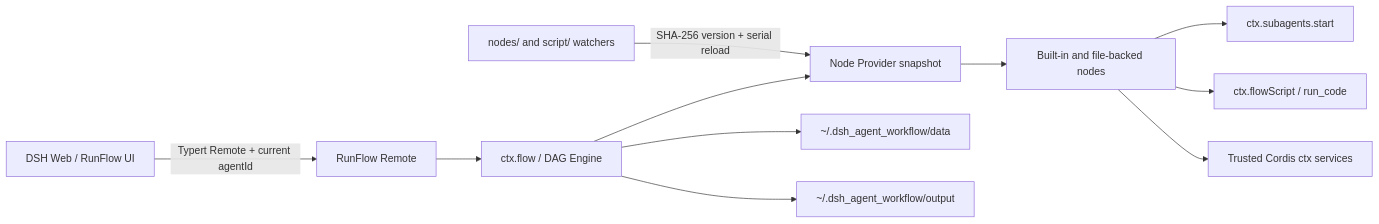
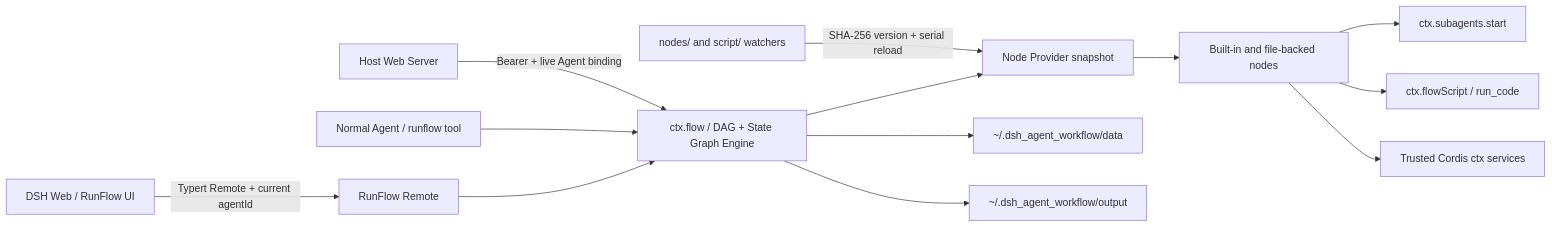
Before and after one commit to breaking153/dsh-runflow: the diagram in README.en.md, drawn with Mermaid. The commit also changed other lines of this file and 82 other files, not shown here.

Commit message:
feat: add state graphs, trigger ingress and scoped Flow runtime

````diff
--- a/README.en.md
+++ b/README.en.md
@@ -148,13 +151,15 @@
 ```mermaid
 flowchart LR
   UI[DSH Web / RunFlow UI] -->|Typert Remote + current agentId| REMOTE[RunFlow Remote]
-  REMOTE --> FLOW[ctx.flow / DAG Engine]
+  REMOTE --> FLOW[ctx.flow / DAG + State Graph Engine]
+  AGENT[Normal Agent / runflow tool] --> FLOW
+  WEB[Host Web Server] -->|Bearer + live Agent binding| FLOW
   FLOW --> SNAPSHOT[Node Provider snapshot]
   SNAPSHOT --> NODE[Built-in and file-backed nodes]
   NODE --> SUB[ctx.subagents.start]
   NODE --> CODE[ctx.flowScript / run_code]
   NODE --> HOST[Trusted Cordis ctx services]
   FLOW --> DATA[~/.dsh_agent_workflow/data]
   FLOW --> OUTPUT[~/.dsh_agent_workflow/output]
   WATCH[nodes/ and script/ watchers] -->|SHA-256 version + serial reload| SNAPSHOT
 ```
````
